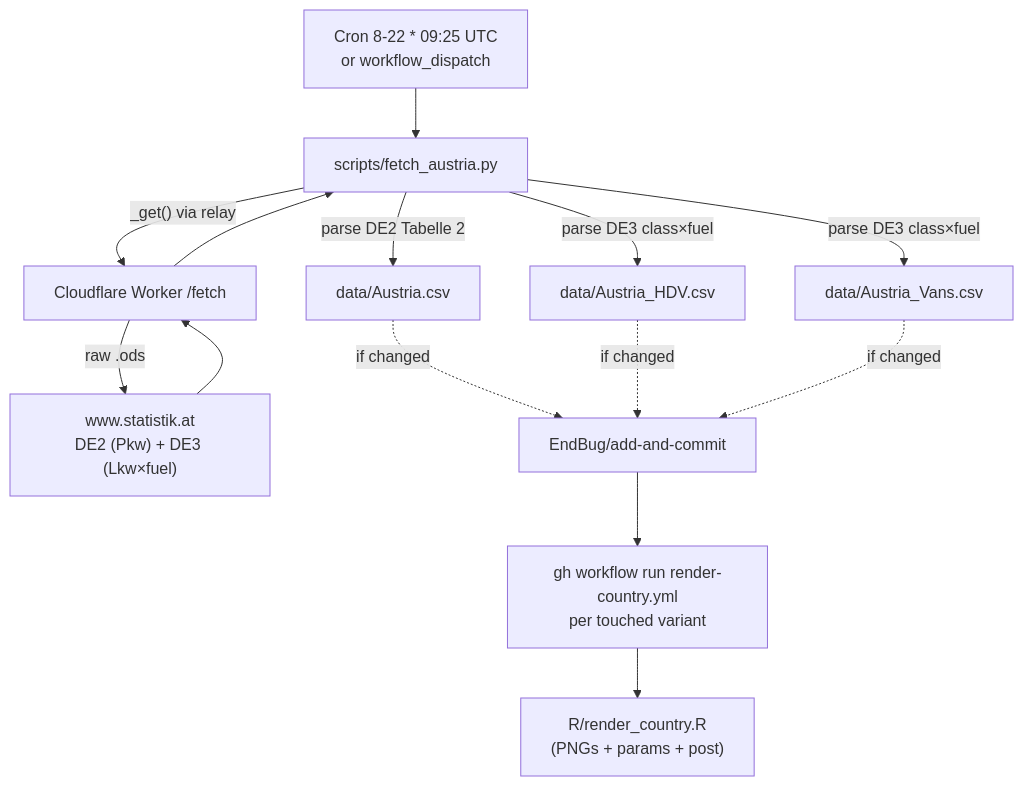
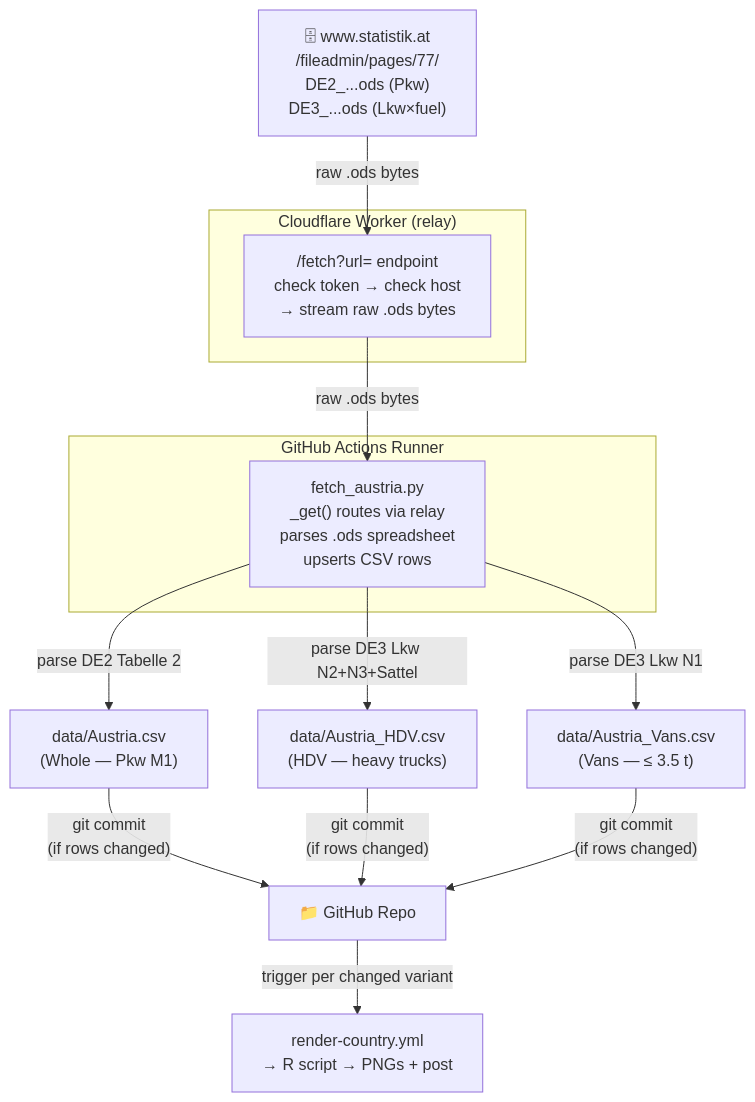
Before and after one commit to LeRaffl/LeRaffl-Gallery: the fifth of 5 diagrams in docs/architecture/20-source-austria.md, drawn with Mermaid. The commit also changed other lines of this file, not shown here.

First line of the commit message:
docs(austria): comprehensive architecture doc with full system diagrams

````diff
--- a/docs/architecture/20-source-austria.md
+++ b/docs/architecture/20-source-austria.md
@@ -88,13 +308,21 @@
 ```mermaid
 flowchart TD
-    Cron["Cron 8-22 * 09:25 UTC<br/>or workflow_dispatch"] --> Fetch["scripts/fetch_austria.py"]
-    Fetch -->|"_get() via relay"| Worker["Cloudflare Worker /fetch"]
-    Worker -->|"raw .ods"| Src["www.statistik.at<br/>DE2 (Pkw) + DE3 (Lkw×fuel)"]
-    Src --> Worker --> Fetch
-    Fetch -->|"parse DE2 Tabelle 2"| Whole["data/Austria.csv"]
-    Fetch -->|"parse DE3 class×fuel"| HDV["data/Austria_HDV.csv"]
-    Fetch -->|"parse DE3 class×fuel"| Vans["data/Austria_Vans.csv"]
-    Whole & HDV & Vans -.->|"if changed"| GA["EndBug/add-and-commit"]
-    GA --> Dispatch["gh workflow run render-country.yml<br/>per touched variant"]
-    Dispatch --> Render["R/render_country.R<br/>(PNGs + params + post)"]
+    SA["🗄 www.statistik.at\n/fileadmin/pages/77/\nDE2_...ods (Pkw)\nDE3_...ods (Lkw×fuel)"]
+
+    subgraph relay["Cloudflare Worker (relay)"]
+        R["/fetch?url= endpoint\ncheck token → check host\n→ stream raw .ods bytes"]
+    end
+
+    subgraph runner["GitHub Actions Runner"]
+        Script["fetch_austria.py\n_get() routes via relay\nparses .ods spreadsheet\nupserts CSV rows"]
+    end
+
+    SA -->|raw .ods bytes| R -->|raw .ods bytes| Script
+
+    Script -->|"parse DE2 Tabelle 2"| CSV1["data/Austria.csv\n(Whole — Pkw M1)"]
+    Script -->|"parse DE3 Lkw N2+N3+Sattel"| CSV2["data/Austria_HDV.csv\n(HDV — heavy trucks)"]
+    Script -->|"parse DE3 Lkw N1"| CSV3["data/Austria_Vans.csv\n(Vans — ≤ 3.5 t)"]
+
+    CSV1 & CSV2 & CSV3 -->|"git commit\n(if rows changed)"| Repo["📁 GitHub Repo"]
+    Repo -->|"trigger per changed variant"| Render["render-country.yml\n→ R script → PNGs + post"]
 ```
````
